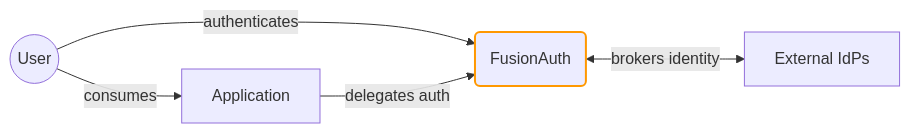
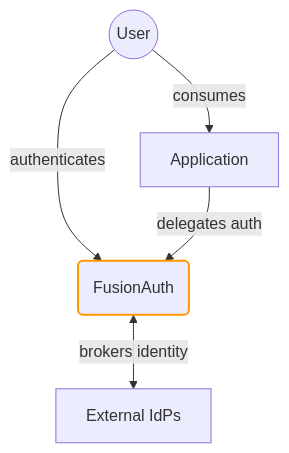
The diagram in astro/src/content/docs/index.mdx (FusionAuth/fusionauth-site), drawn with Mermaid before and after one commit.

Commit message:
Try top-down diagram on landing page for readability, esp on mobile

````diff
--- a/astro/src/content/docs/index.mdx
+++ b/astro/src/content/docs/index.mdx
@@ -15,8 +15,8 @@
 ```mermaid title="FusionAuth connects users, applications, and identity providers"
-graph LR
+graph TD
     classDef orangeBorder stroke:#ff9800,stroke-width:2px;
     User((User)) -->|authenticates| FA(FusionAuth):::orangeBorder
     App[Application] -->|delegates auth| FA
     FA <-->|brokers identity| IdP[External IdPs]
     User -->|consumes| App
 ```
````
